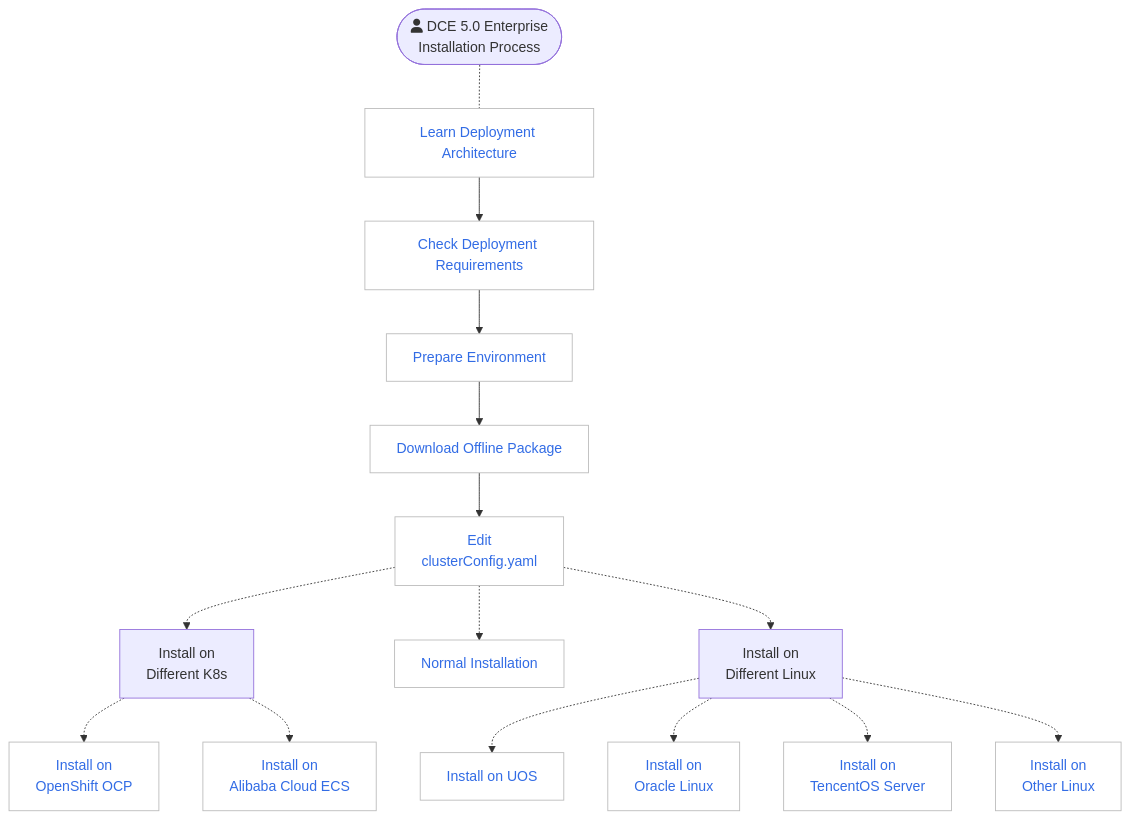
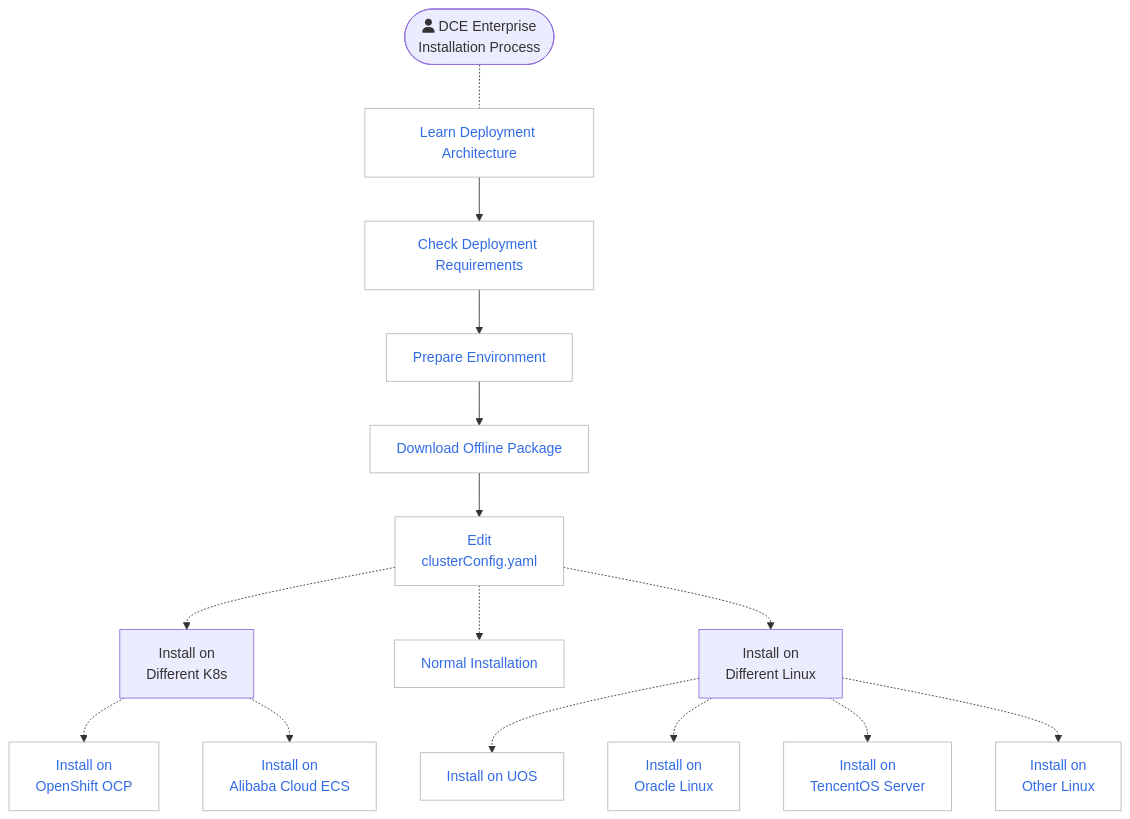
Before and after one commit to DaoCloud/DaoCloud-docs: the second of 2 diagrams in docs/en/docs/install/index.md, drawn with Mermaid. The commit also changed other lines of this file and 536 other files, not shown here.

````diff
--- a/docs/en/docs/install/index.md
+++ b/docs/en/docs/install/index.md
@@ -121,44 +121,44 @@
 ```mermaid
 flowchart TB
 
-    start([fa:fa-user DCE 5.0 Enterprise<br>Installation Process]) -.- arch[Learn Deployment Architecture]
+    start([fa:fa-user DCE Enterprise<br>Installation Process]) -.- arch[Learn Deployment Architecture]
     arch --> deploy[Check Deployment Requirements]
     deploy --> prepare[Prepare Environment]
     prepare --> download[Download Offline Package]
     download --> config[Edit<br>clusterConfig.yaml]
     
     config -.-> other-k8s[Install on<br>Different K8s]
     config -.-> install[Normal Installation]
     config -.-> other-os[Install on<br>Different Linux]
 
     other-k8s -.-> ocp[Install on<br>OpenShift OCP]
     other-k8s -.-> ali[Install on<br>Alibaba Cloud ECS]
 
     other-os -.-> uos[Install on UOS]
     other-os -.-> oracle[Install on<br>Oracle Linux]
     other-os -.-> tencent[Install on<br>TencentOS Server]
     other-os -.-> other[Install on<br>Other Linux]
 
 
 classDef grey fill:#dddddd,stroke:#ffffff,stroke-width:1px,color:#000000, font-size:15px;
 classDef white fill:#ffffff,stroke:#000,stroke-width:1px,color:#000,font-weight:bold
 classDef spacewhite fill:#ffffff,stroke:#fff,stroke-width:0px,color:#000
 classDef plain fill:#ddd,stroke:#fff,stroke-width:1px,color:#000;
 classDef k8s fill:#326ce5,stroke:#fff,stroke-width:1px,color:#fff;
 classDef cluster fill:#fff,stroke:#bbb,stroke-width:1px,color:#326ce5;
 
 class arch,deploy,prepare,download,config,install,ocp,ali,uos,oracle,tencent,other cluster
 
 click arch "https://docs.daocloud.io/en/install/commercial/deploy-arch.html"
 click deploy "https://docs.daocloud.io/en/install/commercial/deploy-requirements.html"
 click prepare "https://docs.daocloud.io/en/install/commercial/prepare.html"
 click download "https://docs.daocloud.io/en/install/commercial/start-install.html#step-1-download-the-offline-package"
 click config "https://docs.daocloud.io/en/install/commercial/start-install.html#step-2-configure-clusterconfigyaml"
 click install "https://docs.daocloud.io/en/install/commercial/start-install.html#step-3-start-installation"
 click ocp "https://docs.daocloud.io/en/install/k8s-install/ocp-install-dce5.0.html"
 click ali "https://docs.daocloud.io/en/install/k8s-install/ecs-install-dce5.0.html"
 click uos "https://docs.daocloud.io/en/install/os-install/uos-v20-install-dce5.0.html"
 click oracle "https://docs.daocloud.io/en/install/os-install/oracleLinux-install-dce5.0.html"
 click tencent "https://docs.daocloud.io/en/install/os-install/TencentOS-install-dce5.0.html"
 click other "https://docs.daocloud.io/en/install/os-install/otherlinux.html"
 ```
````
